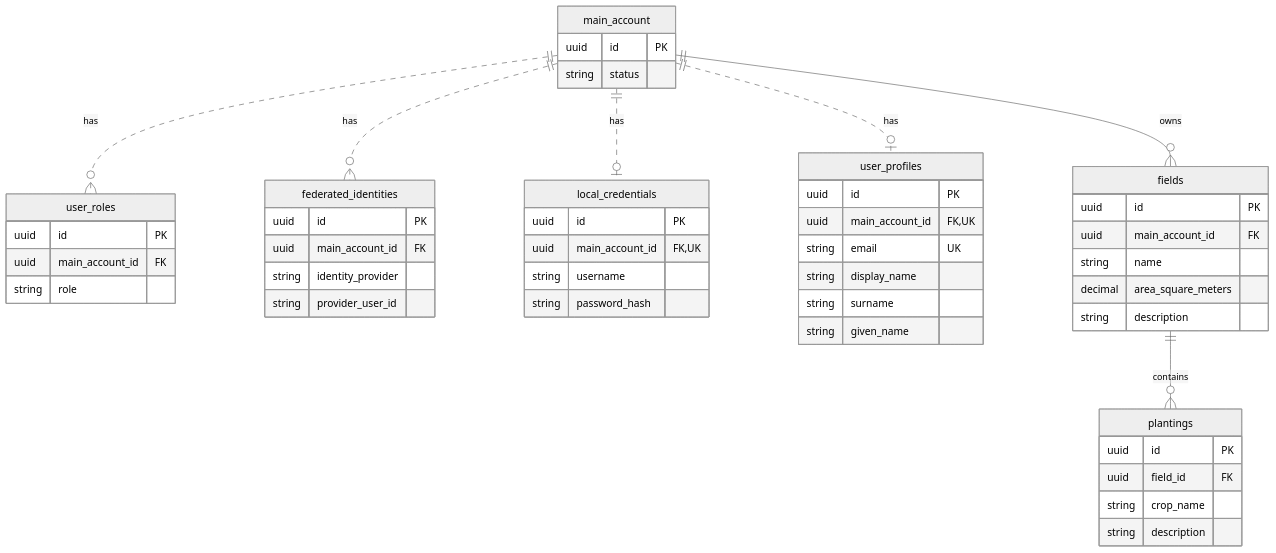
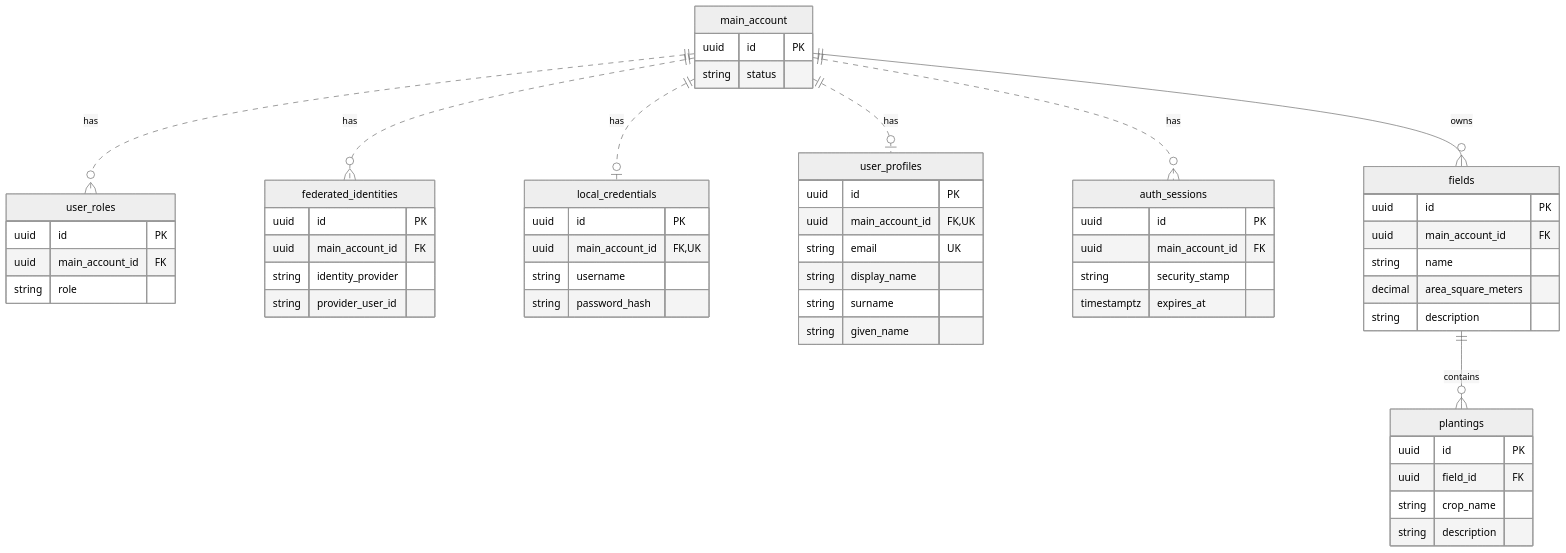
Before and after one commit to HanChiYang/crop-pilot: the diagram in docs/design/first-desktop-slice-database.md, drawn with Mermaid (neutral theme). The commit also changed other lines of this file and 38 other files, not shown here.

````diff
--- a/docs/design/first-desktop-slice-database.md
+++ b/docs/design/first-desktop-slice-database.md
@@ -123,51 +134,58 @@
 ```mermaid
 erDiagram
     main_account ||..o{ user_roles : has
     main_account ||..o{ federated_identities : has
     main_account ||..o| local_credentials : has
     main_account ||..o| user_profiles : has
+    main_account ||..o{ auth_sessions : has
     main_account ||--o{ fields : owns
     fields ||--o{ plantings : contains
     main_account {
         uuid id PK
         string status
     }
     user_roles {
         uuid id PK
         uuid main_account_id FK
         string role
     }
     federated_identities {
         uuid id PK
         uuid main_account_id FK
         string identity_provider
         string provider_user_id
     }
     local_credentials {
         uuid id PK
         uuid main_account_id FK, UK
         string username
         string password_hash
     }
     user_profiles {
         uuid id PK
         uuid main_account_id FK, UK
         string email UK
         string display_name
         string surname
         string given_name
     }
+    auth_sessions {
+        uuid id PK
+        uuid main_account_id FK
+        string security_stamp
+        timestamptz expires_at
+    }
     fields {
         uuid id PK
         uuid main_account_id FK
         string name
         decimal area_square_meters
         string description
     }
     plantings {
         uuid id PK
         uuid field_id FK
         string crop_name
         string description
     }
 ```
````
